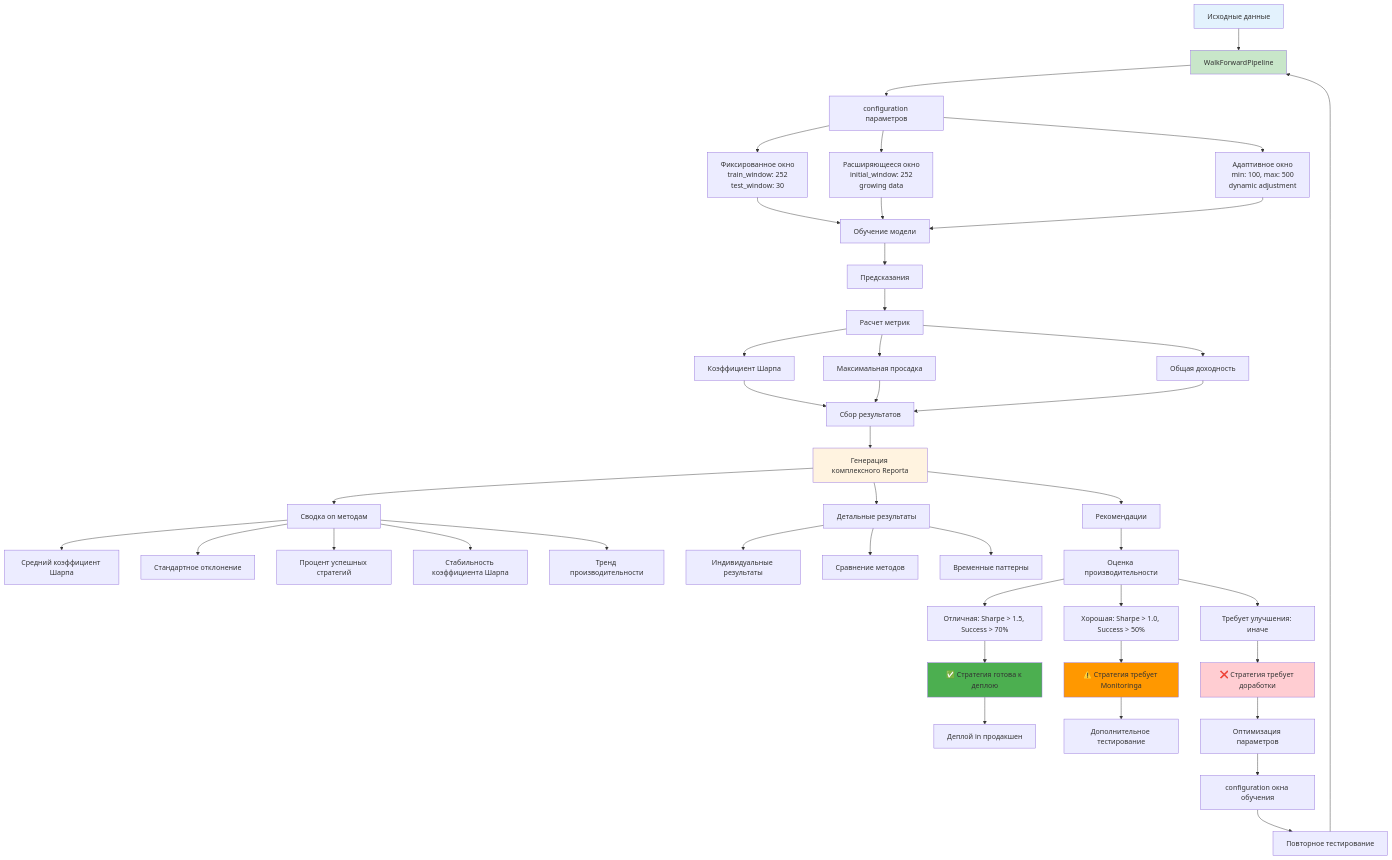
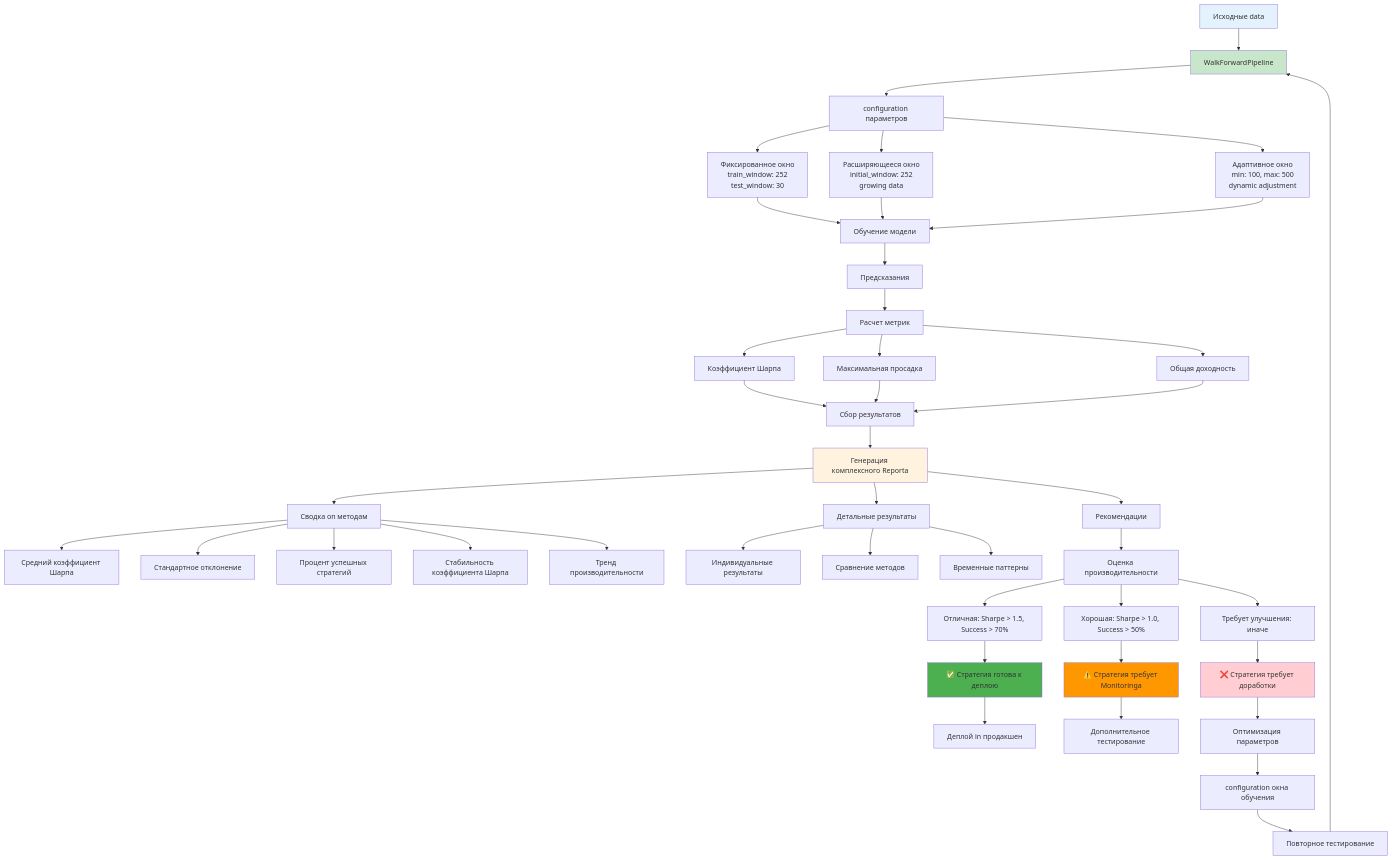
The eighth of 8 diagrams in docs/automl/gluon/30_walk_forward_analysis.md (NeoZorK/neozork-hld-prediction), drawn with Mermaid before and after one commit. The commit also changed other lines of this file and 108 other files, not shown here.

````diff
--- a/docs/automl/gluon/30_walk_forward_analysis.md
+++ b/docs/automl/gluon/30_walk_forward_analysis.md
@@ -1855,63 +1855,63 @@
 ```mermaid
 graph TD
- A[Исходные данные] --> B[WalkForwardPipeline]
+ A[Исходные data] --> B[WalkForwardPipeline]
  B --> C[configuration параметров]
 
  C --> D[Фиксированное окно<br/>train_window: 252<br/>test_window: 30]
  C --> E[Расширяющееся окно<br/>initial_window: 252<br/>growing data]
  C --> F[Адаптивное окно<br/>min: 100, max: 500<br/>dynamic adjustment]
 
  D --> G[Обучение модели]
  E --> G
  F --> G
 
  G --> H[Предсказания]
  H --> I[Расчет метрик]
 
  I --> J[Коэффициент Шарпа]
  I --> K[Максимальная просадка]
  I --> L[Общая доходность]
 
  J --> M[Сбор результатов]
  K --> M
  L --> M
 
  M --> N[Генерация комплексного Reportа]
  N --> O[Сводка on методам]
  N --> P[Детальные результаты]
  N --> Q[Рекомендации]
 
  O --> R[Средний коэффициент Шарпа]
  O --> S[Стандартное отклонение]
  O --> T[Процент успешных стратегий]
  O --> U[Стабильность коэффициента Шарпа]
  O --> V[Тренд производительности]
 
  P --> W[Индивидуальные результаты]
  P --> X[Сравнение методов]
  P --> Y[Временные паттерны]
 
  Q --> Z[Оценка производительности]
  Z --> AA[Отличная: Sharpe > 1.5, Success > 70%]
  Z --> BB[Хорошая: Sharpe > 1.0, Success > 50%]
  Z --> CC[Требует улучшения: иначе]
 
  AA --> DD[✅ Стратегия готова к деплою]
  BB --> EE[⚠️ Стратегия требует Monitoringа]
  CC --> FF[❌ Стратегия требует доработки]
 
  DD --> GG[Деплой in продакшен]
  EE --> HH[Дополнительное тестирование]
  FF --> II[Оптимизация параметров]
 
  II --> JJ[configuration окна обучения]
  JJ --> KK[Повторное тестирование]
  KK --> B
 
  style A fill:#e3f2fd
  style B fill:#c8e6c9
  style N fill:#fff3e0
  style DD fill:#4caf50
  style EE fill:#ff9800
  style FF fill:#ffcdd2
 ```
````
